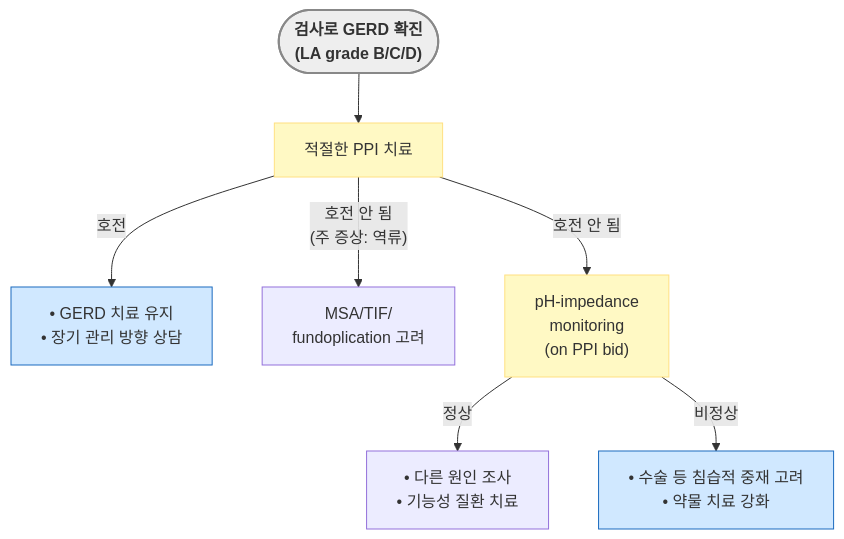
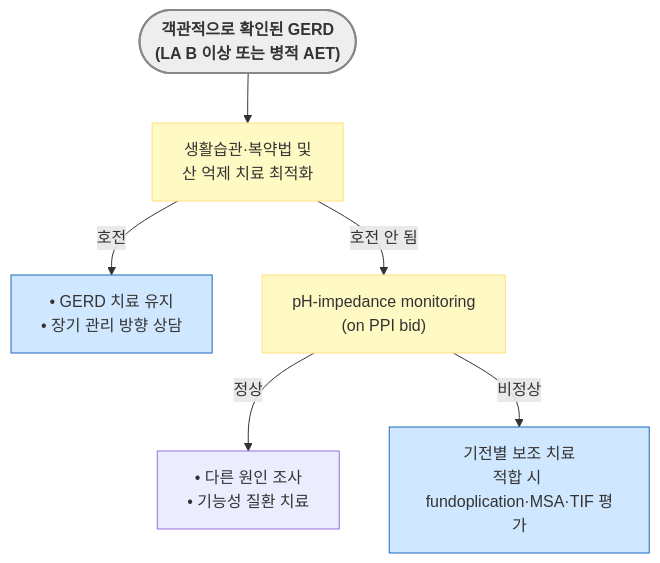
Before and after one commit to familyoh77/familyoh77: the fifth of 5 diagrams in 224_/081_-gerd.md, drawn with Mermaid. The commit also changed other lines of this file and 15 other files, not shown here.

````diff
--- a/224_/081_-gerd.md
+++ b/224_/081_-gerd.md
@@ -321,17 +324,16 @@
 ```mermaid
 graph TD
-    Start2(["<b>검사로 GERD 확진 <br/>(LA grade B/C/D)"</b>]) --> PPI2["적절한 PPI 치료"]
+    Start2(["<b>객관적으로 확인된 GERD<br/>(LA B 이상 또는 병적 AET)</b>"]) --> PPI2["생활습관·복약법 및<br/>산 억제 치료 최적화"]
     PPI2 -- "호전" --> Success2["• GERD 치료 유지<br/>• 장기 관리 방향 상담"]
-    PPI2 -- "호전 안 됨<br/>(주 증상: 역류)" --> Fail2["MSA/TIF/<br/>fundoplication 고려"]
-    PPI2 -- "호전 안 됨" --> Impedance2["pH-impedance <br/>monitoring<br/>(on PPI bid)"]
+    PPI2 -- "호전 안 됨" --> Impedance2["pH-impedance monitoring<br/>(on PPI bid)"]
 
     Impedance2 -- "정상" --> Other2["• 다른 원인 조사<br/>• 기능성 질환 치료"]
-    Impedance2 -- "비정상" --> Surgery["• 수술 등 침습적 중재 고려<br/>• 약물 치료 강화"]
+    Impedance2 -- "비정상" --> Surgery["기전별 보조 치료<br/>적합 시 fundoplication·MSA·TIF 평가"]
 
 
 style Start2 fill:#eeeeee,stroke:#888888,stroke-width:2px
 classDef yellow fill:#fff9c4,stroke:#ffe082
 class PPI2,Impedance2 yellow
 classDef blue fill:#d0e8ff,stroke:#1a6abf
 class Success2,Surgery blue
 ```
````
